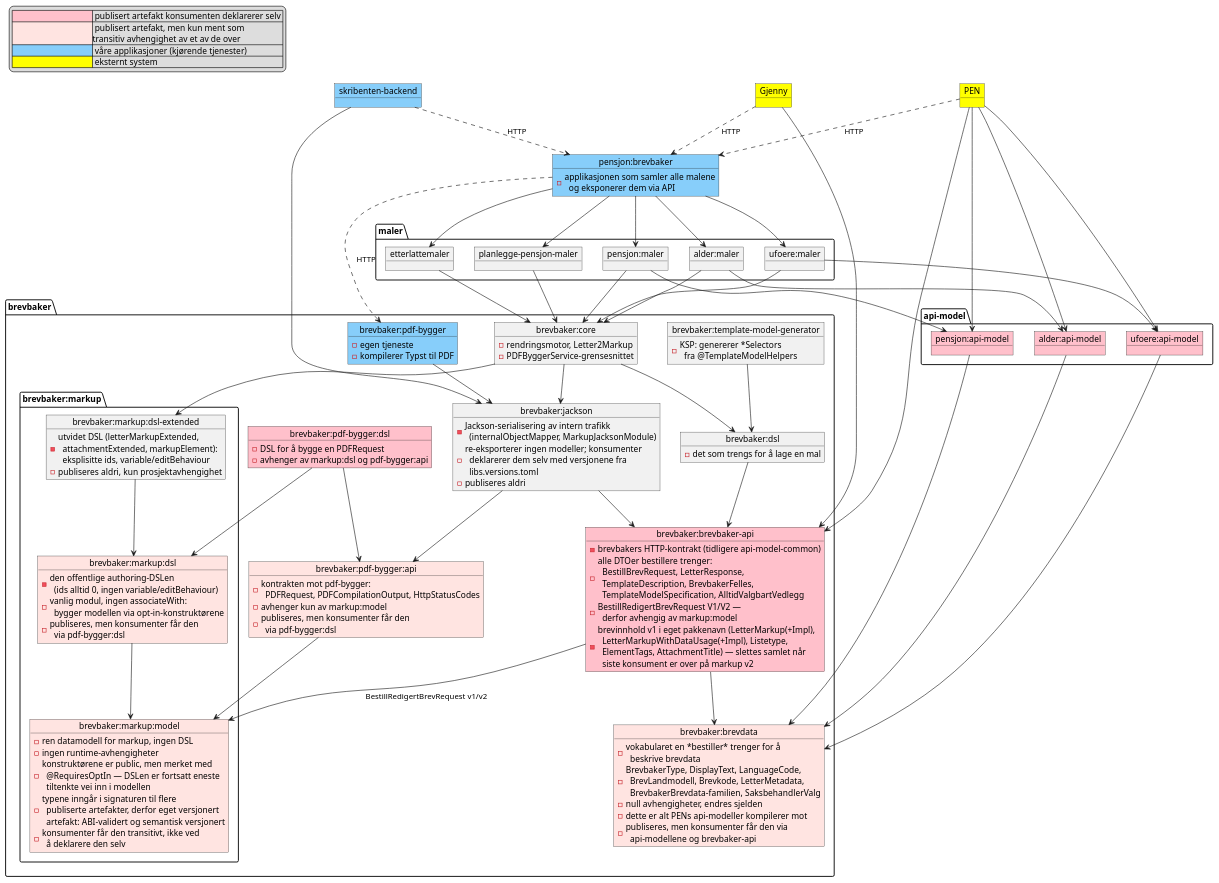
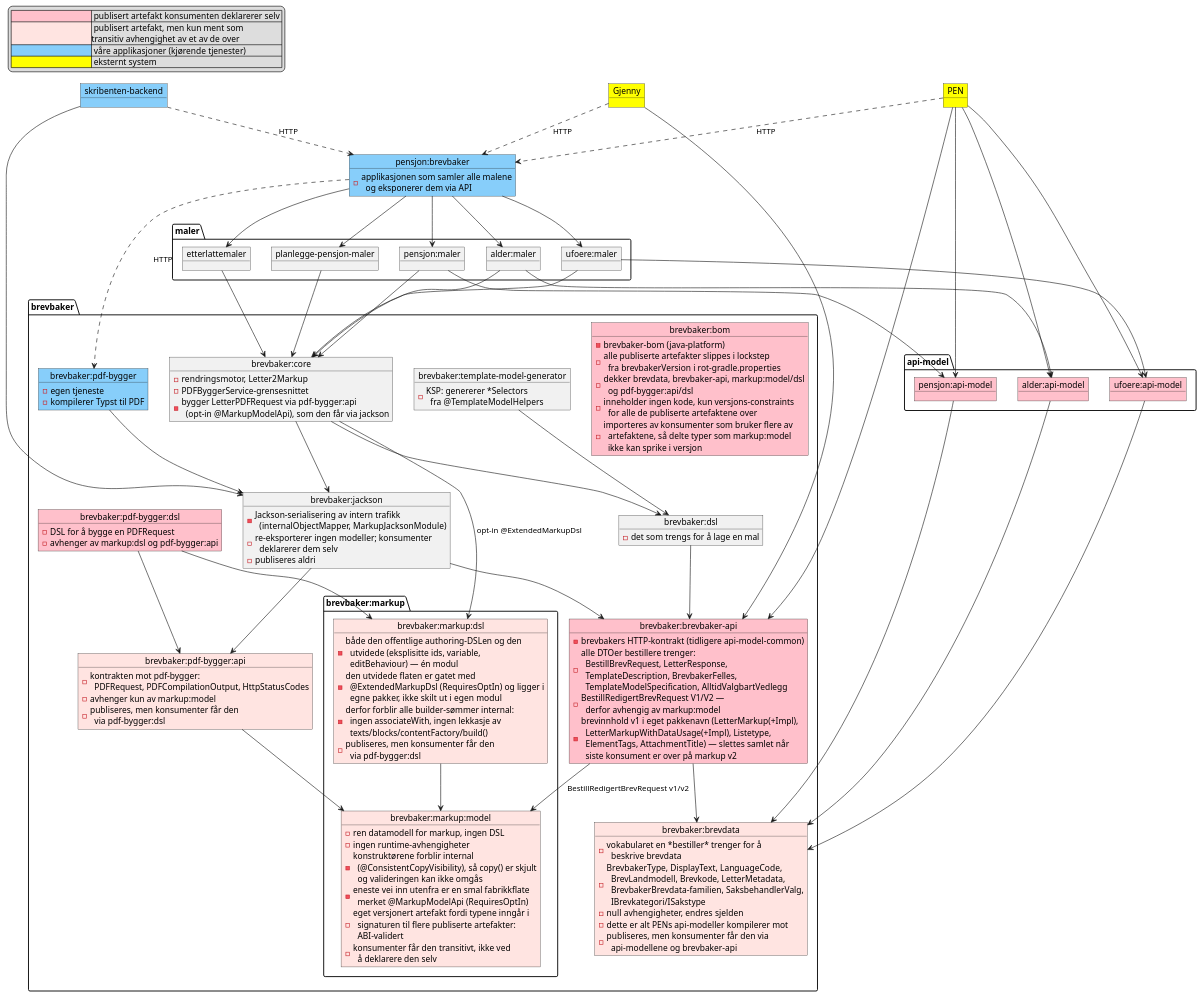
One commit to navikt/pensjonsbrev changed the diagram in docs/modules/ROOT/examples/moduldiagram.puml. Above: the diagram before and after it, drawn with PlantUML. The commit also changed 192 other files, not shown here.

```diff
--- a/docs/modules/ROOT/examples/moduldiagram.puml
+++ b/docs/modules/ROOT/examples/moduldiagram.puml
@@ -1,145 +1,150 @@
 @startuml
 
 legend top left
   |<#pink><color:#pink>WWWWWWWWWW</color> | publisert artefakt konsumenten deklarerer selv |
   |<#mistyrose><color:#mistyrose>WWWWWWWWWW</color> | publisert artefakt, men kun ment som\ntransitiv avhengighet av et av de over |
   |<#lightskyblue><color:#lightskyblue>WWWWWWWWWW</color> | våre applikasjoner (kjørende tjenester) |
   |<#yellow><color:#yellow>WWWWWWWWWW</color> | eksternt system |
 endlegend
 
 package "brevbaker" {
 
   object "brevbaker:brevdata" as brevdata #mistyrose
   brevdata : - vokabularet en *bestiller* trenger for å\n  beskrive brevdata
-  brevdata : - BrevbakerType, DisplayText, LanguageCode,\n  BrevLandmodell, Brevkode, LetterMetadata,\n  BrevbakerBrevdata-familien, SaksbehandlerValg
+  brevdata : - BrevbakerType, DisplayText, LanguageCode,\n  BrevLandmodell, Brevkode, LetterMetadata,\n  BrevbakerBrevdata-familien, SaksbehandlerValg,\n  IBrevkategori/ISakstype
   brevdata : - null avhengigheter, endres sjelden
   brevdata : - dette er alt PENs api-modeller kompilerer mot
   brevdata : - publiseres, men konsumenter får den via\n  api-modellene og brevbaker-api
 
   object "brevbaker:brevbaker-api" as brevbakerapi #pink
   brevbakerapi : - brevbakers HTTP-kontrakt (tidligere api-model-common)
   brevbakerapi : - alle DTOer bestillere trenger:\n  BestillBrevRequest, LetterResponse,\n  TemplateDescription, BrevbakerFelles,\n  TemplateModelSpecification, AlltidValgbartVedlegg
   brevbakerapi : - BestillRedigertBrevRequest V1/V2 —\n  derfor avhengig av markup:model
   brevbakerapi : - brevinnhold v1 i eget pakkenavn (LetterMarkup(+Impl),\n  LetterMarkupWithDataUsage(+Impl), Listetype,\n  ElementTags, AttachmentTitle) — slettes samlet når\n  siste konsument er over på markup v2
 
   package "brevbaker:markup" {
     object "brevbaker:markup:model" as markupModel #mistyrose
     markupModel : - ren datamodell for markup, ingen DSL
     markupModel : - ingen runtime-avhengigheter
-    markupModel : - konstruktørene er public, men merket med\n  @RequiresOptIn — DSLen er fortsatt eneste\n  tiltenkte vei inn i modellen
-    markupModel : - typene inngår i signaturen til flere\n  publiserte artefakter, derfor eget versjonert\n  artefakt: ABI-validert og semantisk versjonert
+    markupModel : - konstruktørene forblir internal\n  (@ConsistentCopyVisibility), så copy() er skjult\n  og valideringen kan ikke omgås
+    markupModel : - eneste vei inn utenfra er en smal fabrikkflate\n  merket @MarkupModelApi (RequiresOptIn)
+    markupModel : - eget versjonert artefakt fordi typene inngår i\n  signaturen til flere publiserte artefakter:\n  ABI-validert
     markupModel : - konsumenter får den transitivt, ikke ved\n  å deklarere den selv
 
     object "brevbaker:markup:dsl" as markupDsl #mistyrose
-    markupDsl : - den offentlige authoring-DSLen\n  (ids alltid 0, ingen variable/editBehaviour)
-    markupDsl : - vanlig modul, ingen associateWith:\n  bygger modellen via opt-in-konstruktørene
+    markupDsl : - både den offentlige authoring-DSLen og den\n  utvidede (eksplisitte ids, variable,\n  editBehaviour) — én modul
+    markupDsl : - den utvidede flaten er gatet med\n  @ExtendedMarkupDsl (RequiresOptIn) og ligger i\n  egne pakker, ikke skilt ut i egen modul
+    markupDsl : - derfor forblir alle builder-sømmer internal:\n  ingen associateWith, ingen lekkasje av\n  texts/blocks/contentFactory/build()
     markupDsl : - publiseres, men konsumenter får den\n  via pdf-bygger:dsl
+  }
 
-    object "brevbaker:markup:dsl-extended" as markupDslExtended
-    markupDslExtended : - utvidet DSL (letterMarkupExtended,\n  attachmentExtended, markupElement):\n  eksplisitte ids, variable/editBehaviour
-    markupDslExtended : - publiseres aldri, kun prosjektavhengighet
-  }
+  object "brevbaker:bom" as bom #pink
+  bom : - brevbaker-bom (java-platform)
+  bom : - alle publiserte artefakter slippes i lockstep\n  fra brevbakerVersion i rot-gradle.properties
+  bom : - dekker brevdata, brevbaker-api, markup:model/dsl\n  og pdf-bygger:api/dsl
+  bom : - inneholder ingen kode, kun versjons-constraints\n  for alle de publiserte artefaktene over
+  bom : - importeres av konsumenter som bruker flere av\n  artefaktene, så delte typer som markup:model\n  ikke kan sprike i versjon
 
   object "brevbaker:jackson" as jackson
   jackson : - Jackson-serialisering av intern trafikk\n  (internalObjectMapper, MarkupJacksonModule)
-  jackson : - re-eksporterer ingen modeller; konsumenter\n  deklarerer dem selv med versjonene fra\n  libs.versions.toml
+  jackson : - re-eksporterer ingen modeller; konsumenter\n  deklarerer dem selv
   jackson : - publiseres aldri
 
   object "brevbaker:dsl" as dsl
   dsl : - det som trengs for å lage en mal
 
   object "brevbaker:core" as core
   core : - rendringsmotor, Letter2Markup
   core : - PDFByggerService-grensesnittet
+  core : - bygger LetterPDFRequest via pdf-bygger:api\n  (opt-in @MarkupModelApi), som den får via jackson
 
   object "brevbaker:template-model-generator" as tmg
   tmg : - KSP: genererer *Selectors\n  fra @TemplateModelHelpers
 
   object "brevbaker:pdf-bygger:api" as pdfbyggerApi #mistyrose
   pdfbyggerApi : - kontrakten mot pdf-bygger:\n  PDFRequest, PDFCompilationOutput, HttpStatusCodes
   pdfbyggerApi : - avhenger kun av markup:model
   pdfbyggerApi : - publiseres, men konsumenter får den\n  via pdf-bygger:dsl
 
   object "brevbaker:pdf-bygger:dsl" as pdfbyggerDsl #pink
   pdfbyggerDsl : - DSL for å bygge en PDFRequest
   pdfbyggerDsl : - avhenger av markup:dsl og pdf-bygger:api
 
   object "brevbaker:pdf-bygger" as pdfbygger #lightskyblue
   pdfbygger : - egen tjeneste
   pdfbygger : - kompilerer Typst til PDF
 }
 
 package "maler" {
   object "pensjon:maler" as pensjonsmalene
   object "alder:maler" as aldersmalene
   object "ufoere:maler" as ufoeremalene
   object "etterlattemaler" as etterlatte
   object "planlegge-pensjon-maler" as planlegge
 }
 
 package "api-model" {
   object "pensjon:api-model" as pensjonapimodel #pink
   object "alder:api-model" as alderapimodel #pink
   object "ufoere:api-model" as ufoereapimodel #pink
 }
 
 object "pensjon:brevbaker" as brevbakerApp #lightskyblue
 brevbakerApp : - applikasjonen som samler alle malene\n  og eksponerer dem via API
 
 object "skribenten-backend" as skribenten #lightskyblue
 object PEN #yellow
 object Gjenny #yellow
 
 ' brevbaker-modulene
 markupDsl --> markupModel
-markupDslExtended --> markupDsl
 brevbakerapi --> brevdata
 brevbakerapi --> markupModel : BestillRedigertBrevRequest v1/v2
 pdfbyggerApi --> markupModel
 pdfbyggerDsl --> markupDsl
 pdfbyggerDsl --> pdfbyggerApi
 jackson --> brevbakerapi
 jackson --> pdfbyggerApi
 dsl --> brevbakerapi
 core --> dsl
 core --> jackson
-core --> markupDslExtended
+core --> markupDsl : opt-in @ExtendedMarkupDsl
 tmg --> dsl
 pdfbygger --> jackson
 
 ' malmoduler
 pensjonsmalene --> core
 aldersmalene --> core
 ufoeremalene --> core
 etterlatte --> core
 planlegge --> core
 
 pensjonsmalene --> pensjonapimodel
 aldersmalene --> alderapimodel
 ufoeremalene --> ufoereapimodel
 
 pensjonapimodel --> brevdata
 alderapimodel --> brevdata
 ufoereapimodel --> brevdata
 
 ' applikasjonen
 brevbakerApp --> pensjonsmalene
 brevbakerApp --> aldersmalene
 brevbakerApp --> ufoeremalene
 brevbakerApp --> etterlatte
 brevbakerApp --> planlegge
 brevbakerApp ..> pdfbygger : HTTP
 PEN ..> brevbakerApp : HTTP
 Gjenny ..> brevbakerApp : HTTP
 skribenten ..> brevbakerApp : HTTP
 
 
 ' konsumenter
 skribenten --> jackson
 PEN --> pensjonapimodel
 PEN --> alderapimodel
 PEN --> ufoereapimodel
 PEN --> brevbakerapi
 Gjenny --> brevbakerapi
 
 @enduml
```
